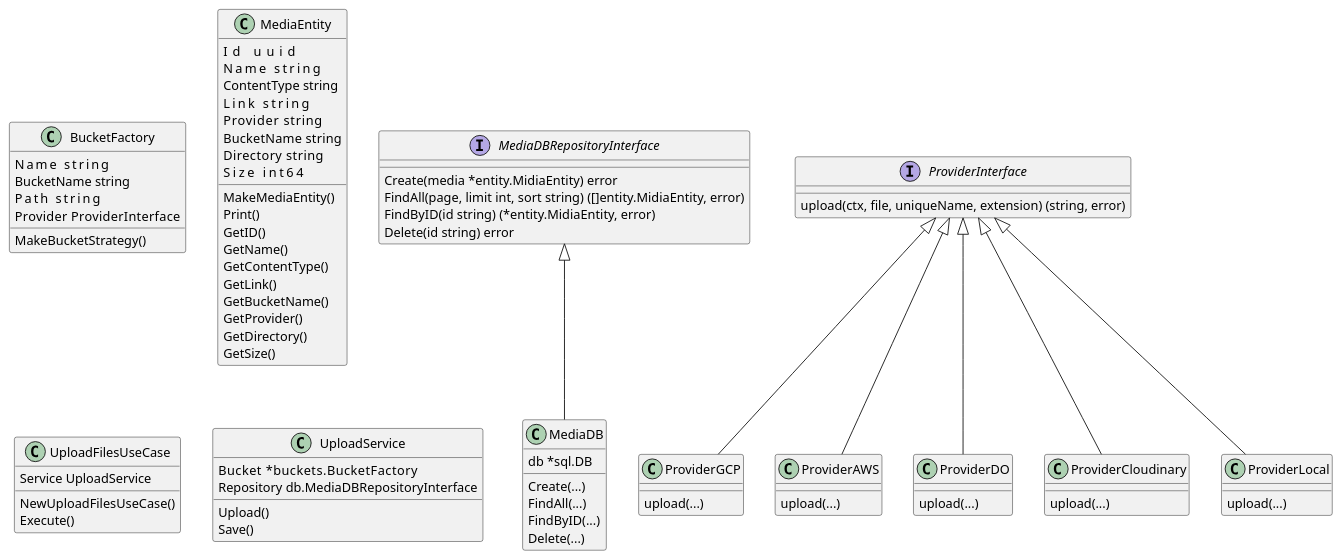
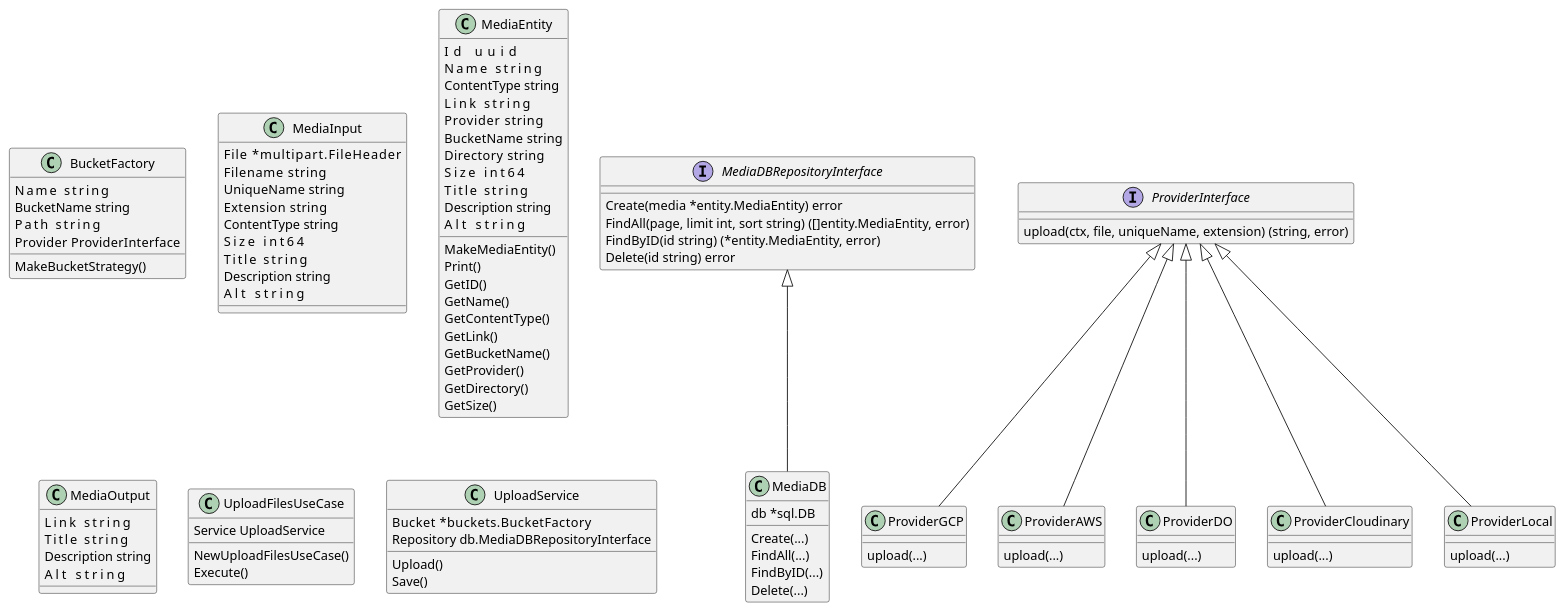
One commit to lucassimon/golang-upload-api changed the diagram in assets/class.puml. Above: the diagram before and after it, drawn with PlantUML. The commit also changed 5 other files, not shown here.

Commit message:
Altera o nome de MidiaEntity para MediaEntity #9

```diff
--- a/assets/class.puml
+++ b/assets/class.puml
@@ -1,92 +1,115 @@
 @startuml classes
 
 class BucketFactory {
     Name       string
 	BucketName string
 	Path       string
     Provider   ProviderInterface
     MakeBucketStrategy()
+}
+
+class MediaInput {
+	File        *multipart.FileHeader
+	Filename    string
+	UniqueName  string
+	Extension   string
+	ContentType string
+	Size        int64
+    Title       string
+    Description string
+    Alt         string
 }
 
 class MediaEntity {
     Id          uuid
     Name        string
     ContentType string
     Link        string
     Provider    string
     BucketName  string
     Directory   string
     Size        int64
+    Title       string
+    Description string
+    Alt         string
     MakeMediaEntity()
     Print()
     GetID()
     GetName()
     GetContentType()
     GetLink()
     GetBucketName()
     GetProvider()
     GetDirectory()
     GetSize()
 }
+
+class MediaOutput {
+	Link        string
+    Title       string
+    Description string
+    Alt         string
+}
+
 
 class UploadFilesUseCase {
     Service UploadService
     NewUploadFilesUseCase()
     Execute()
 }
 
 class UploadService {
     Bucket     *buckets.BucketFactory
 	Repository db.MediaDBRepositoryInterface
     Upload()
     Save()
 }
 
 class MediaDB {
     db *sql.DB
     Create(...)
     FindAll(...)
     FindByID(...)
     Delete(...)
 }
 
 interface MediaDBRepositoryInterface {
-    Create(media *entity.MidiaEntity) error
-	FindAll(page, limit int, sort string) ([]entity.MidiaEntity, error)
-	FindByID(id string) (*entity.MidiaEntity, error)
+    Create(media *entity.MediaEntity) error
+	FindAll(page, limit int, sort string) ([]entity.MediaEntity, error)
+	FindByID(id string) (*entity.MediaEntity, error)
 	Delete(id string) error
 }
 
 interface ProviderInterface {
     upload(ctx, file, uniqueName, extension) (string, error)
 }
 
 class ProviderGCP {
     upload(...)
 }
 
 class ProviderAWS {
     upload(...)
 }
 
 class ProviderDO {
     upload(...)
 }
 
 class ProviderCloudinary {
     upload(...)
 }
 
 class ProviderLocal {
     upload(...)
 }
 
 ProviderInterface <|-- ProviderGCP
 ProviderInterface <|-- ProviderAWS
 ProviderInterface <|-- ProviderDO
 ProviderInterface <|-- ProviderCloudinary
 ProviderInterface <|-- ProviderLocal
 
 MediaDBRepositoryInterface <|-- MediaDB
 
 @enduml
```
